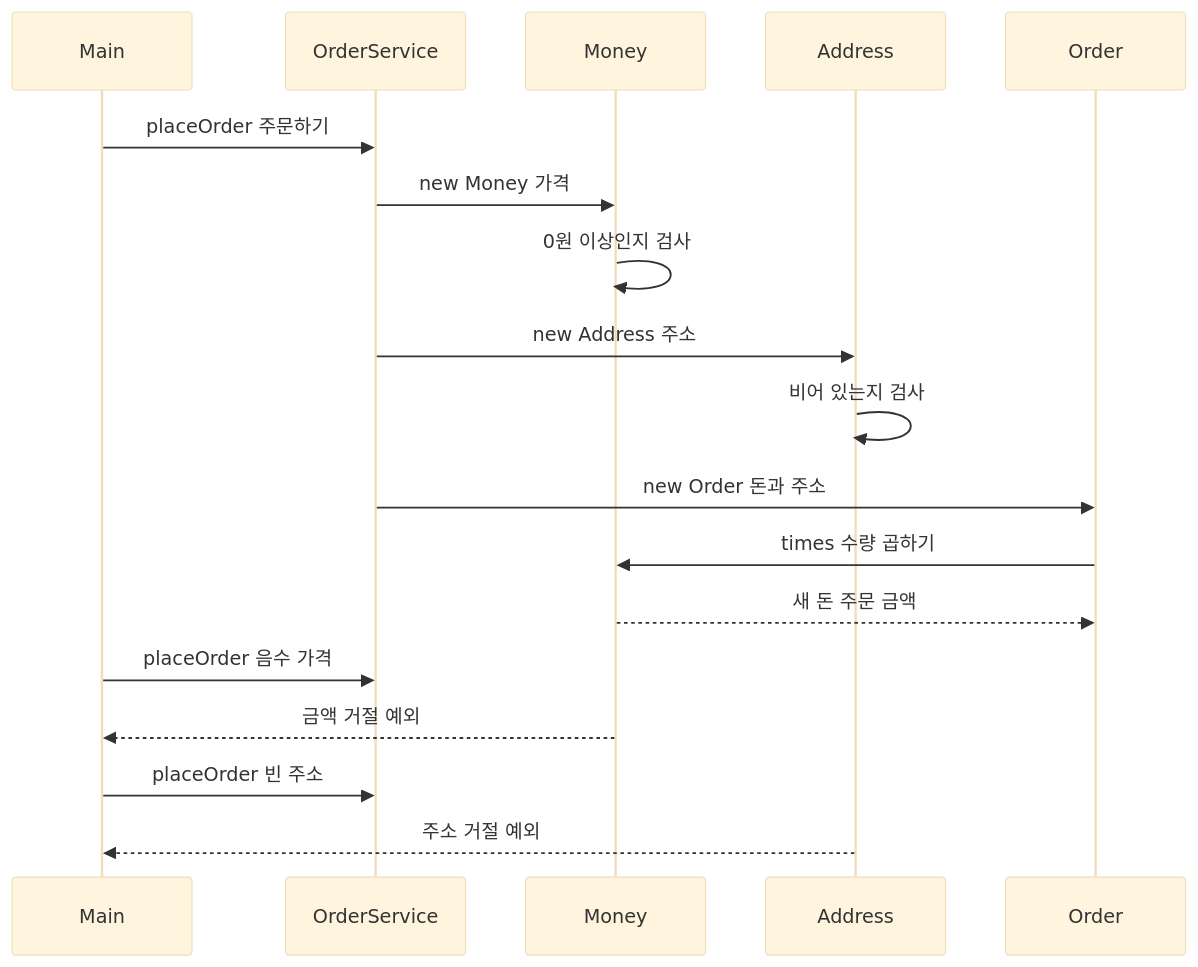
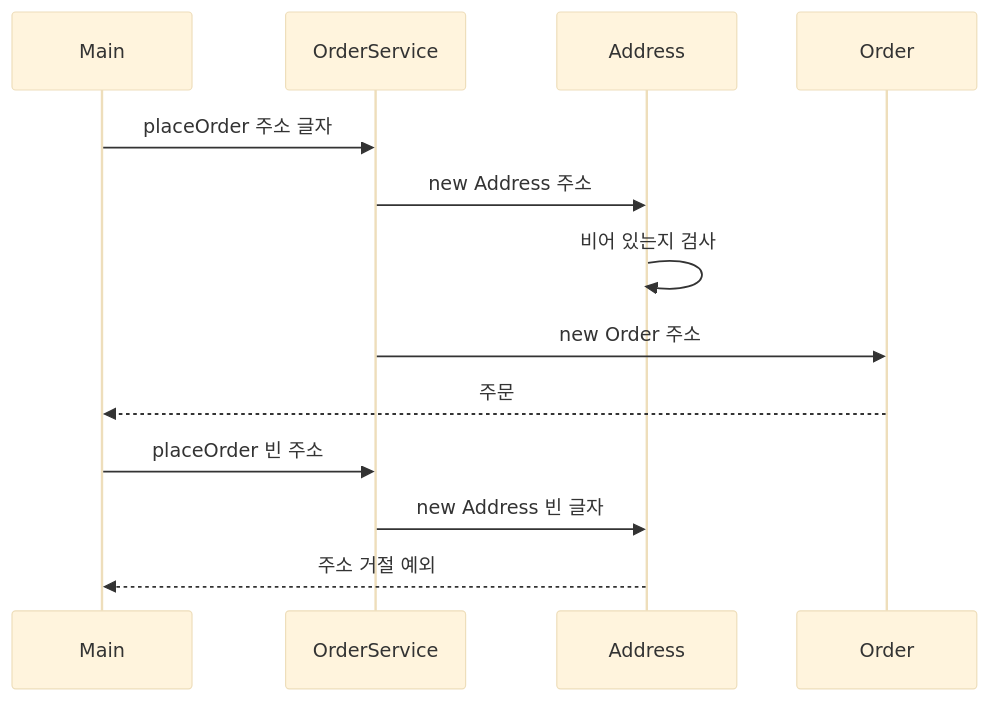
Before and after one commit to busan-bank-2026/ddd-example: the diagram in .projectcode/chapters/value-object/diagrams/flow.md, drawn with Mermaid (base theme). The commit also changed other lines of this file and 13 other files, not shown here.

````diff
--- a/.projectcode/chapters/value-object/diagrams/flow.md
+++ b/.projectcode/chapters/value-object/diagrams/flow.md
@@ -3,20 +3,15 @@
 ```mermaid
 sequenceDiagram
   participant M as Main
   participant S as OrderService
-  participant Y as Money
   participant A as Address
   participant O as Order
-  M->>S: placeOrder 주문하기
-  S->>Y: new Money 가격
-  Y->>Y: 0원 이상인지 검사
+  M->>S: placeOrder 주소 글자
   S->>A: new Address 주소
   A->>A: 비어 있는지 검사
-  S->>O: new Order 돈과 주소
-  O->>Y: times 수량 곱하기
-  Y-->>O: 새 돈 주문 금액
-  M->>S: placeOrder 음수 가격
-  Y-->>M: 금액 거절 예외
+  S->>O: new Order 주소
+  O-->>M: 주문
   M->>S: placeOrder 빈 주소
+  S->>A: new Address 빈 글자
   A-->>M: 주소 거절 예외
 ```
````
